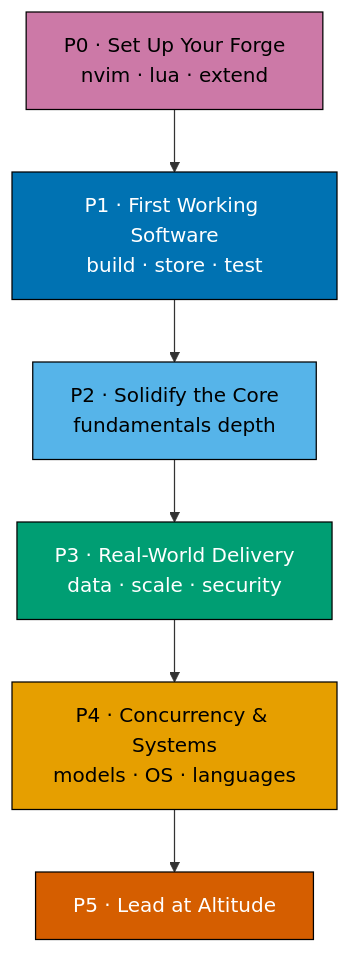
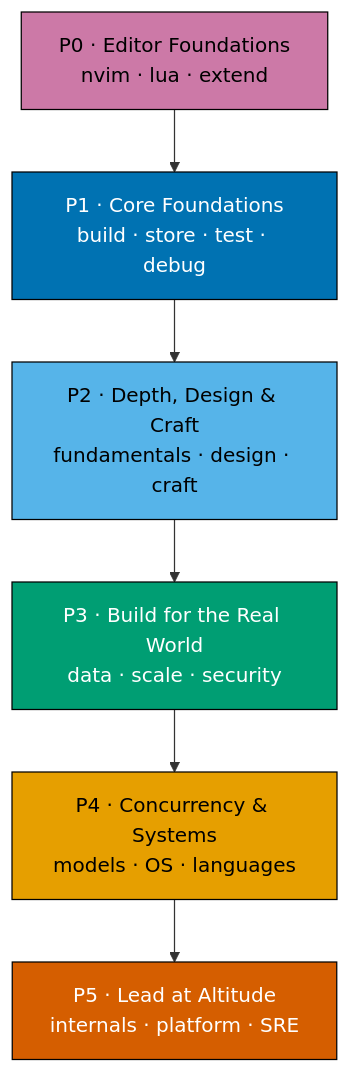
One commit to wahidyankf/baseerah changed the first of 2 diagrams in plans/in-progress/the-well-grounded-software-engineer/prd.md. Above: the diagram before and after it, drawn with Mermaid. The commit also changed other lines of this file and 153 other files, not shown here.

````diff
--- a/plans/in-progress/the-well-grounded-software-engineer/prd.md
+++ b/plans/in-progress/the-well-grounded-software-engineer/prd.md
@@ -125,23 +133,23 @@
 ```mermaid
 flowchart TD
-    P0["P0 · Set Up Your Forge<br/>nvim · lua · extend"]
-    P1["P1 · First Working Software<br/>build · store · test"]
-    P2["P2 · Solidify the Core<br/>fundamentals depth"]
-    P3["P3 · Real-World Delivery<br/>data · scale · security"]
+    P0["P0 · Editor Foundations<br/>nvim · lua · extend"]
+    P1["P1 · Core Foundations<br/>build · store · test · debug"]
+    P2["P2 · Depth, Design & Craft<br/>fundamentals · design · craft"]
+    P3["P3 · Build for the Real World<br/>data · scale · security"]
     P4["P4 · Concurrency & Systems<br/>models · OS · languages"]
-    P5["P5 · Lead at Altitude"]
+    P5["P5 · Lead at Altitude<br/>internals · platform · SRE"]
     P0 --> P1 --> P2 --> P3 --> P4 --> P5
 
     classDef p0 fill:#CC79A7,stroke:#000,color:#000
     classDef p1 fill:#0072B2,stroke:#000,color:#fff
     classDef p2 fill:#56B4E9,stroke:#000,color:#000
     classDef p3 fill:#009E73,stroke:#000,color:#fff
     classDef p4 fill:#E69F00,stroke:#000,color:#000
     classDef p5 fill:#D55E00,stroke:#000,color:#fff
     class P0 p0
     class P1 p1
     class P2 p2
     class P3 p3
     class P4 p4
     class P5 p5
 ```
````
